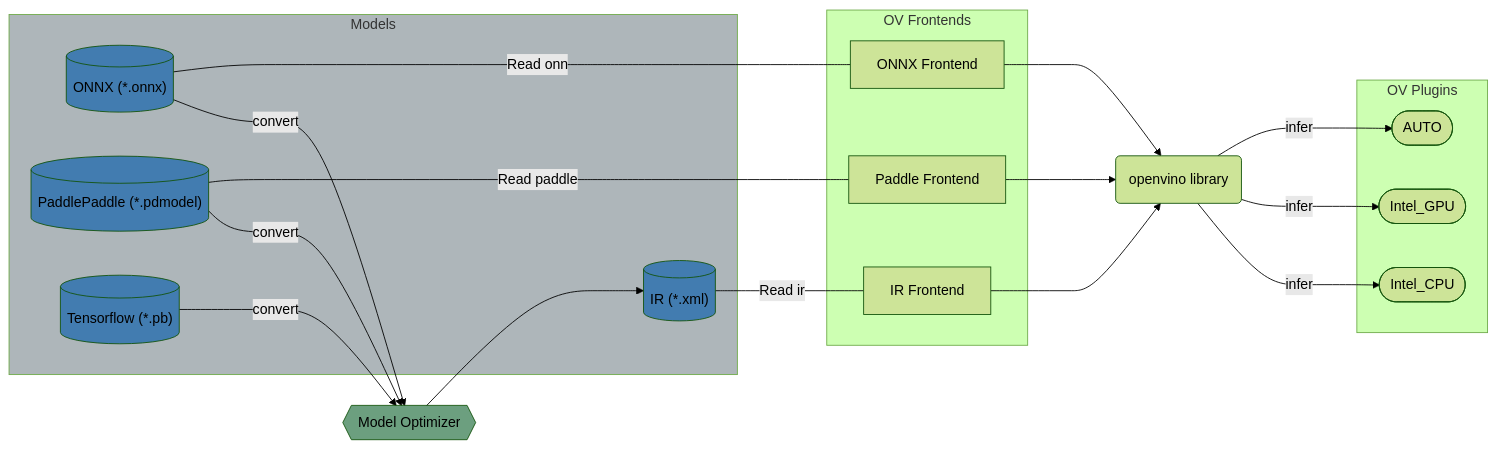
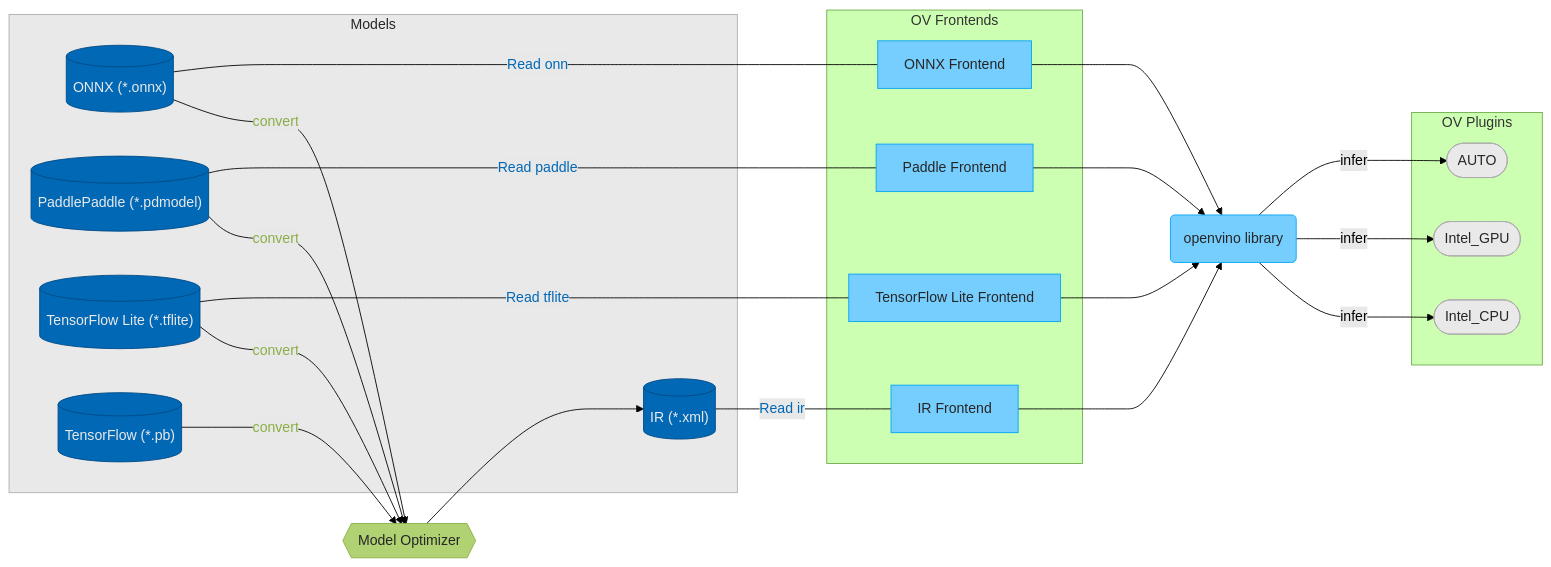
One commit to openvinotoolkit/openvino changed the diagram in docs/dev/index.md. Above: the diagram before and after it, drawn with Mermaid (forest theme).

Commit message:
update with tflite

````diff
--- a/docs/dev/index.md
+++ b/docs/dev/index.md
@@ -7,49 +7,60 @@
 ```mermaid
 flowchart LR
     subgraph models [Models]
         ir[("IR (*.xml)")]
         onnx[("ONNX (*.onnx)")]
         paddle[("PaddlePaddle (*.pdmodel)")]
-        tf[("Tensorflow (*.pb)")]
-        
-        style ir fill:#427cb0
-        style onnx fill:#427cb0
-        style paddle fill:#427cb0
-        style tf fill:#427cb0
-        
-        style models fill:#aeb6ba
+        tflite[("TensorFlow Lite (*.tflite)")]
+        tf[("TensorFlow (*.pb)")]
+        classDef blue3 fill:#0068B5, stroke: #004A86, color: #E9E9E9
+        class ir,onnx,paddle,tflite,tf blue3
+        style models fill:#E9E9E9, stroke: #AEAEAE, color: #262626
         
         click onnx "https://github.com/onnx/onnx"
     end
     
     mo{{Model Optimizer}}
     
-    style mo fill:#6c9f7f
+    style mo fill:#B1D272, stroke: #8BAE46, color: #262626
     
     onnx--convert--->mo
     paddle--convert--->mo
+    tflite--convert--->mo
     tf--convert--->mo
     mo--->ir
     
     subgraph plugins [OV Plugins]
         auto(["AUTO"])
         cpu(["Intel_CPU"])
         gpu(["Intel_GPU"])
+        classDef carbon1 fill:#E9E9E9, stroke: #AEAEAE, color: #262626
+        class auto,cpu,gpu carbon1
+        style plugins #FFE17A
+
     end
     subgraph frontends [OV Frontends]
         ir_fe["IR Frontend"]
         onnx_fe["ONNX Frontend"]
+        tflite_fe["TensorFlow Lite Frontend"]
         paddle_fe["Paddle Frontend"]
+        classDef blue1 fill:#76CEFF, stroke: #00A3F6, color: #262626
+        class ir_fe,onnx_fe,tflite_fe,paddle_fe blue1
+        style frontends #FFE17A
     end
     openvino(openvino library)
     ir--Read ir---ir_fe
     onnx--Read onnx--- onnx_fe
     paddle--Read paddle---paddle_fe
+    tflite--Read tflite---tflite_fe
     ir_fe--->openvino
     onnx_fe--->openvino
     paddle_fe--->openvino
+    tflite_fe--->openvino
     
     openvino--infer--->cpu
     openvino--infer--->gpu
     openvino--infer--->auto
+    style openvino fill:#76CEFF, stroke: #00A3F6, color: #262626
+    linkStyle 5,6,7,8 color:#0068B5
+    linkStyle 0,1,2,3 color:#8BAE46
 ```
````
